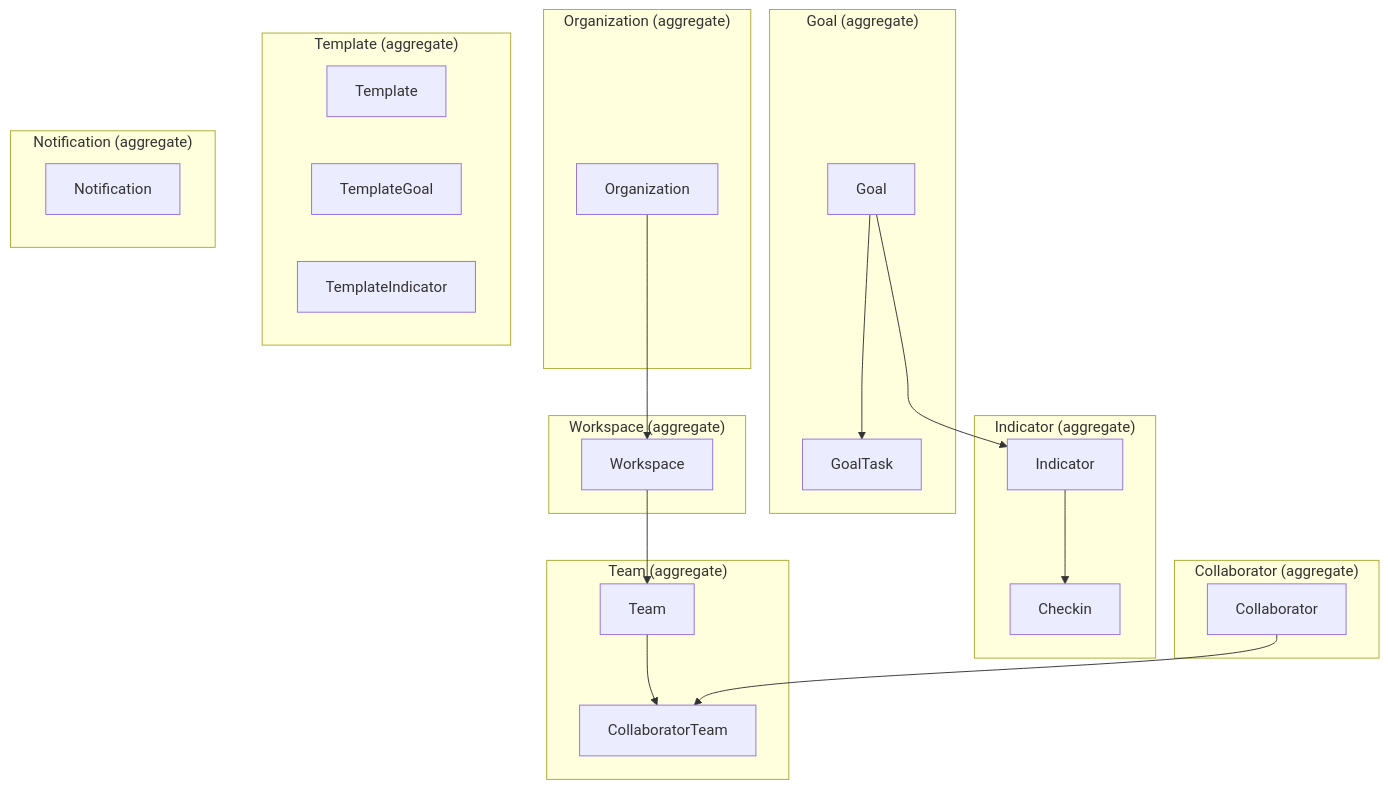
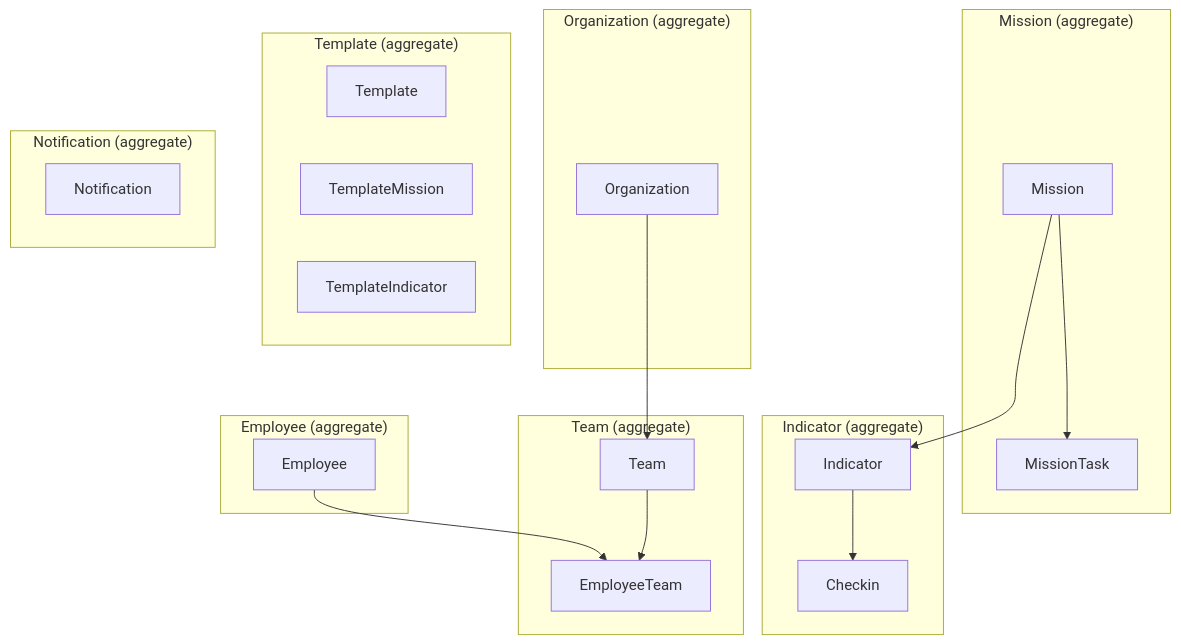
One commit to getbud-co/bud2 changed the first of 11 diagrams in README.md. Above: the diagram before and after it, drawn with Mermaid. The commit also changed other lines of this file and 11 other files, not shown here.

````diff
--- a/README.md
+++ b/README.md
@@ -209,47 +209,42 @@
 ```mermaid
 flowchart TD
-    subgraph AggGoal["Goal (aggregate)"]
-        Goal["Goal"]
-        GoalTask["GoalTask"]
+    subgraph AggMission["Mission (aggregate)"]
+        Mission["Mission"]
+        MissionTask["MissionTask"]
     end
 
     subgraph AggIndicator["Indicator (aggregate)"]
         Indicator["Indicator"]
         Checkin["Checkin"]
     end
 
     subgraph AggOrg["Organization (aggregate)"]
         Organization["Organization"]
     end
 
-    subgraph AggWorkspace["Workspace (aggregate)"]
-        Workspace["Workspace"]
+    subgraph AggTeam["Team (aggregate)"]
+        Team["Team"]
+        EmployeeTeam["EmployeeTeam"]
     end
 
-    subgraph AggTeam["Team (aggregate)"]
-        Team["Team"]
-        CollaboratorTeam["CollaboratorTeam"]
-    end
-
-    subgraph AggCollab["Collaborator (aggregate)"]
-        Collaborator["Collaborator"]
+    subgraph AggEmployee["Employee (aggregate)"]
+        Employee["Employee"]
     end
 
     subgraph AggTemplate["Template (aggregate)"]
         Template["Template"]
-        TemplateGoal["TemplateGoal"]
+        TemplateMission["TemplateMission"]
         TemplateIndicator["TemplateIndicator"]
     end
 
     subgraph AggNotification["Notification (aggregate)"]
         Notification["Notification"]
     end
 
-    Organization --> Workspace
-    Workspace --> Team
-    Team --> CollaboratorTeam
-    Collaborator --> CollaboratorTeam
-    Goal --> Indicator
+    Organization --> Team
+    Team --> EmployeeTeam
+    Employee --> EmployeeTeam
+    Mission --> Indicator
     Indicator --> Checkin
-    Goal --> GoalTask
+    Mission --> MissionTask
 ```
````
